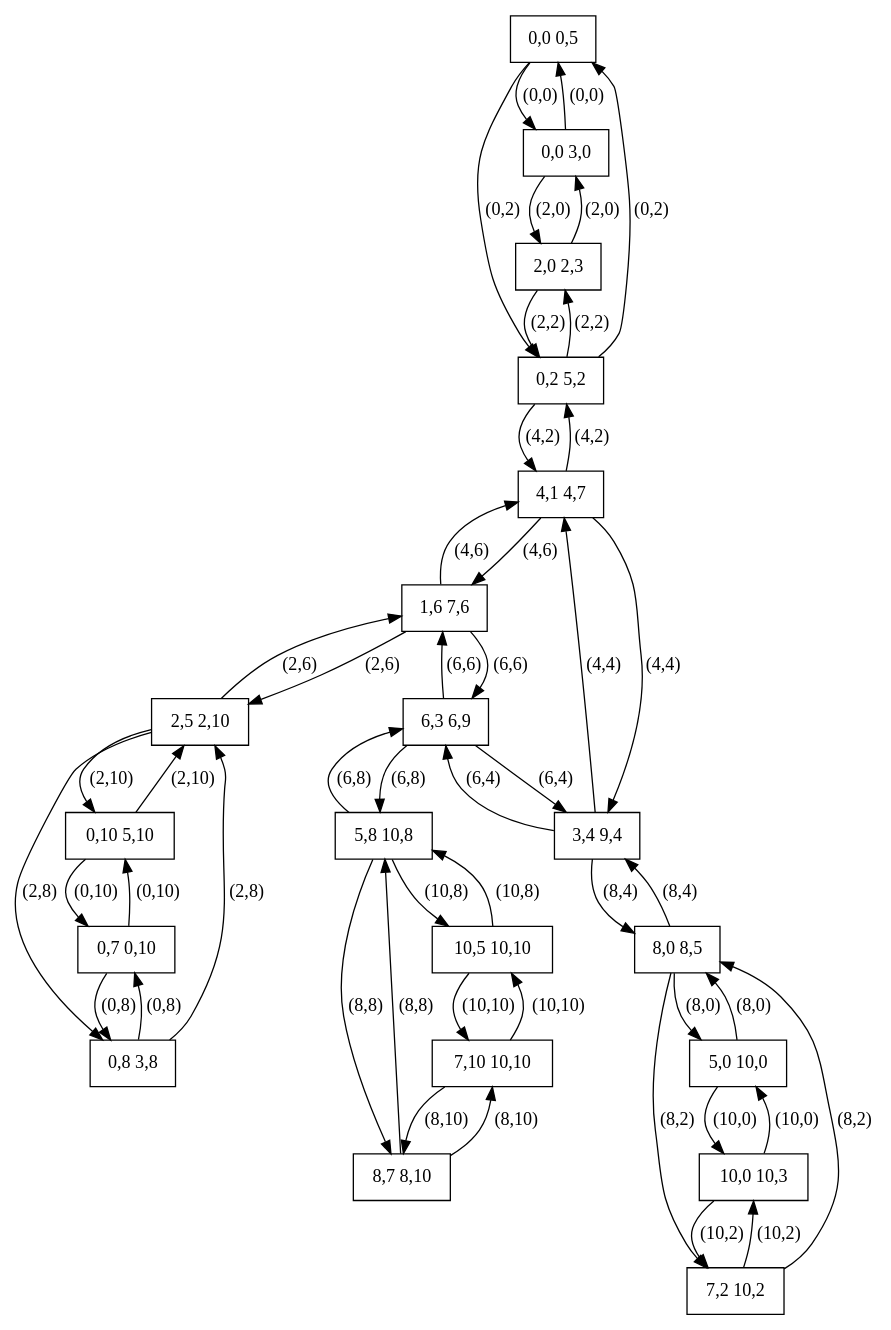
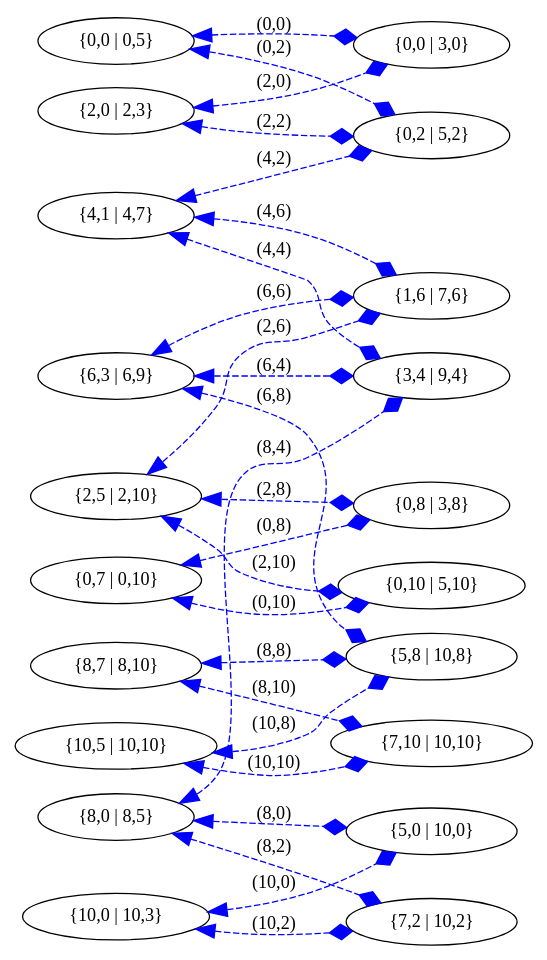
The diagram in graph.dot (LucasDamo22/Cross-words-maker), drawn with Graphviz before and after one commit. The commit also changed 4 other files, not shown here.

Commit message:
adds graphviz view that doesnt repeat edges

```diff
--- a/graph.dot
+++ b/graph.dot
@@ -1,71 +1,51 @@
 digraph G {
-    node [shape=record];
-    slot0 [label="{0,0  0,5}"];
-    slot1 [label="{0,7  0,10}"];
-    slot2 [label="{2,0  2,3}"];
-    slot3 [label="{2,5  2,10}"];
-    slot4 [label="{4,1  4,7}"];
-    slot5 [label="{6,3  6,9}"];
-    slot6 [label="{8,0  8,5}"];
-    slot7 [label="{8,7  8,10}"];
-    slot8 [label="{10,0  10,3}"];
-    slot9 [label="{10,5  10,10}"];
-    slot10 [label="{0,0  3,0}"];
-    slot11 [label="{5,0  10,0}"];
-    slot12 [label="{0,2  5,2}"];
-    slot13 [label="{7,2  10,2}"];
-    slot14 [label="{3,4  9,4}"];
-    slot15 [label="{1,6  7,6}"];
-    slot16 [label="{0,8  3,8}"];
-    slot17 [label="{5,8  10,8}"];
-    slot18 [label="{0,10  5,10}"];
-    slot19 [label="{7,10  10,10}"];
-    slot0 -> slot10 [label="(0,0)"];
-    slot0 -> slot12 [label="(0,2)"];
-    slot1 -> slot16 [label="(0,8)"];
-    slot1 -> slot18 [label="(0,10)"];
-    slot2 -> slot10 [label="(2,0)"];
-    slot2 -> slot12 [label="(2,2)"];
-    slot3 -> slot15 [label="(2,6)"];
-    slot3 -> slot16 [label="(2,8)"];
-    slot3 -> slot18 [label="(2,10)"];
-    slot4 -> slot12 [label="(4,2)"];
-    slot4 -> slot14 [label="(4,4)"];
-    slot4 -> slot15 [label="(4,6)"];
-    slot5 -> slot14 [label="(6,4)"];
-    slot5 -> slot15 [label="(6,6)"];
-    slot5 -> slot17 [label="(6,8)"];
-    slot6 -> slot11 [label="(8,0)"];
-    slot6 -> slot13 [label="(8,2)"];
-    slot6 -> slot14 [label="(8,4)"];
-    slot7 -> slot17 [label="(8,8)"];
-    slot7 -> slot19 [label="(8,10)"];
-    slot8 -> slot11 [label="(10,0)"];
-    slot8 -> slot13 [label="(10,2)"];
-    slot9 -> slot17 [label="(10,8)"];
-    slot9 -> slot19 [label="(10,10)"];
-    slot10 -> slot0 [label="(0,0)"];
-    slot10 -> slot2 [label="(2,0)"];
-    slot11 -> slot6 [label="(8,0)"];
-    slot11 -> slot8 [label="(10,0)"];
-    slot12 -> slot0 [label="(0,2)"];
-    slot12 -> slot2 [label="(2,2)"];
-    slot12 -> slot4 [label="(4,2)"];
-    slot13 -> slot6 [label="(8,2)"];
-    slot13 -> slot8 [label="(10,2)"];
-    slot14 -> slot4 [label="(4,4)"];
-    slot14 -> slot5 [label="(6,4)"];
-    slot14 -> slot6 [label="(8,4)"];
-    slot15 -> slot3 [label="(2,6)"];
-    slot15 -> slot4 [label="(4,6)"];
-    slot15 -> slot5 [label="(6,6)"];
-    slot16 -> slot1 [label="(0,8)"];
-    slot16 -> slot3 [label="(2,8)"];
-    slot17 -> slot5 [label="(6,8)"];
-    slot17 -> slot7 [label="(8,8)"];
-    slot17 -> slot9 [label="(10,8)"];
-    slot18 -> slot1 [label="(0,10)"];
-    slot18 -> slot3 [label="(2,10)"];
-    slot19 -> slot7 [label="(8,10)"];
-    slot19 -> slot9 [label="(10,10)"];
+    node [shape=ellipse];
+    rankdir=LR;
+    nodesep=0.15;
+    ranksep=0.5;
+    concentrate=true;
+    slot0 [label="{0,0 | 0,5}"];
+    slot1 [label="{0,7 | 0,10}"];
+    slot2 [label="{2,0 | 2,3}"];
+    slot3 [label="{2,5 | 2,10}"];
+    slot4 [label="{4,1 | 4,7}"];
+    slot5 [label="{6,3 | 6,9}"];
+    slot6 [label="{8,0 | 8,5}"];
+    slot7 [label="{8,7 | 8,10}"];
+    slot8 [label="{10,0 | 10,3}"];
+    slot9 [label="{10,5 | 10,10}"];
+    slot10 [label="{0,0 | 3,0}"];
+    slot11 [label="{5,0 | 10,0}"];
+    slot12 [label="{0,2 | 5,2}"];
+    slot13 [label="{7,2 | 10,2}"];
+    slot14 [label="{3,4 | 9,4}"];
+    slot15 [label="{1,6 | 7,6}"];
+    slot16 [label="{0,8 | 3,8}"];
+    slot17 [label="{5,8 | 10,8}"];
+    slot18 [label="{0,10 | 5,10}"];
+    slot19 [label="{7,10 | 10,10}"];
+    slot0 -> slot10 [label="(0,0)", color="blue", style="dashed", arrowhead="diamond", arrowsize=1.5, dir="both"];
+    slot0 -> slot12 [label="(0,2)", color="blue", style="dashed", arrowhead="diamond", arrowsize=1.5, dir="both"];
+    slot1 -> slot16 [label="(0,8)", color="blue", style="dashed", arrowhead="diamond", arrowsize=1.5, dir="both"];
+    slot1 -> slot18 [label="(0,10)", color="blue", style="dashed", arrowhead="diamond", arrowsize=1.5, dir="both"];
+    slot2 -> slot10 [label="(2,0)", color="blue", style="dashed", arrowhead="diamond", arrowsize=1.5, dir="both"];
+    slot2 -> slot12 [label="(2,2)", color="blue", style="dashed", arrowhead="diamond", arrowsize=1.5, dir="both"];
+    slot3 -> slot15 [label="(2,6)", color="blue", style="dashed", arrowhead="diamond", arrowsize=1.5, dir="both"];
+    slot3 -> slot16 [label="(2,8)", color="blue", style="dashed", arrowhead="diamond", arrowsize=1.5, dir="both"];
+    slot3 -> slot18 [label="(2,10)", color="blue", style="dashed", arrowhead="diamond", arrowsize=1.5, dir="both"];
+    slot4 -> slot12 [label="(4,2)", color="blue", style="dashed", arrowhead="diamond", arrowsize=1.5, dir="both"];
+    slot4 -> slot14 [label="(4,4)", color="blue", style="dashed", arrowhead="diamond", arrowsize=1.5, dir="both"];
+    slot4 -> slot15 [label="(4,6)", color="blue", style="dashed", arrowhead="diamond", arrowsize=1.5, dir="both"];
+    slot5 -> slot14 [label="(6,4)", color="blue", style="dashed", arrowhead="diamond", arrowsize=1.5, dir="both"];
+    slot5 -> slot15 [label="(6,6)", color="blue", style="dashed", arrowhead="diamond", arrowsize=1.5, dir="both"];
+    slot5 -> slot17 [label="(6,8)", color="blue", style="dashed", arrowhead="diamond", arrowsize=1.5, dir="both"];
+    slot6 -> slot11 [label="(8,0)", color="blue", style="dashed", arrowhead="diamond", arrowsize=1.5, dir="both"];
+    slot6 -> slot13 [label="(8,2)", color="blue", style="dashed", arrowhead="diamond", arrowsize=1.5, dir="both"];
+    slot6 -> slot14 [label="(8,4)", color="blue", style="dashed", arrowhead="diamond", arrowsize=1.5, dir="both"];
+    slot7 -> slot17 [label="(8,8)", color="blue", style="dashed", arrowhead="diamond", arrowsize=1.5, dir="both"];
+    slot7 -> slot19 [label="(8,10)", color="blue", style="dashed", arrowhead="diamond", arrowsize=1.5, dir="both"];
+    slot8 -> slot11 [label="(10,0)", color="blue", style="dashed", arrowhead="diamond", arrowsize=1.5, dir="both"];
+    slot8 -> slot13 [label="(10,2)", color="blue", style="dashed", arrowhead="diamond", arrowsize=1.5, dir="both"];
+    slot9 -> slot17 [label="(10,8)", color="blue", style="dashed", arrowhead="diamond", arrowsize=1.5, dir="both"];
+    slot9 -> slot19 [label="(10,10)", color="blue", style="dashed", arrowhead="diamond", arrowsize=1.5, dir="both"];
 }
```
